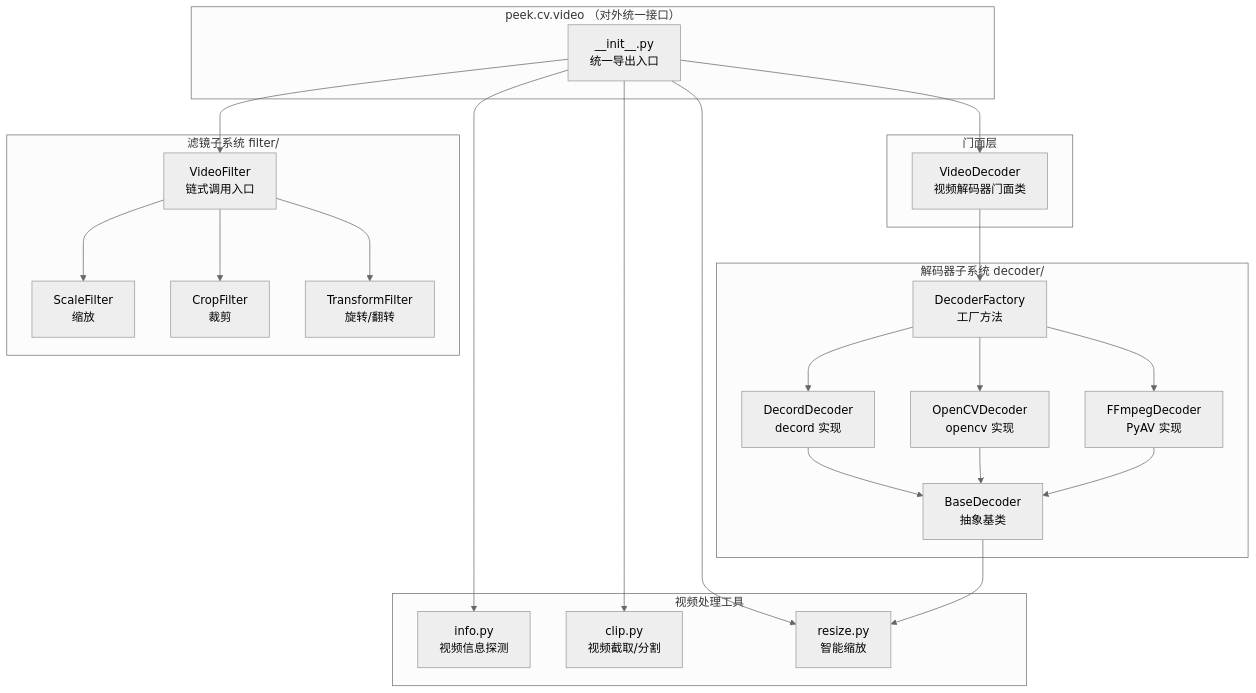
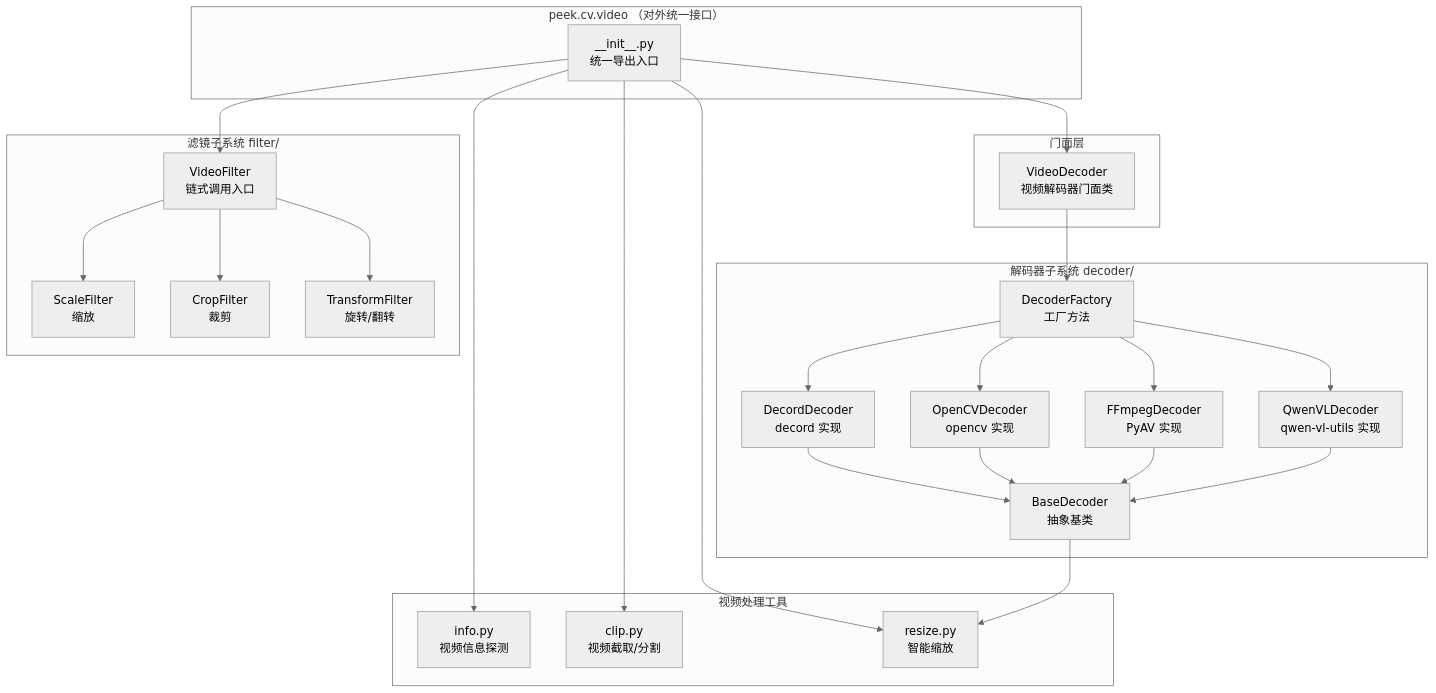
Before and after one commit to kaydxh/peek: the first of 4 diagrams in docs/video.md, drawn with Mermaid (neutral theme). The commit also changed other lines of this file and 1 other file, not shown here.

````diff
--- a/docs/video.md
+++ b/docs/video.md
@@ -28,50 +28,53 @@
 ```mermaid
 graph TB
     subgraph "peek.cv.video （对外统一接口）"
         INIT["__init__.py<br/>统一导出入口"]
     end
 
     subgraph "门面层"
         VD["VideoDecoder<br/>视频解码器门面类"]
     end
 
     subgraph "解码器子系统 decoder/"
         BD["BaseDecoder<br/>抽象基类"]
         DD["DecordDecoder<br/>decord 实现"]
         OD["OpenCVDecoder<br/>opencv 实现"]
         FD["FFmpegDecoder<br/>PyAV 实现"]
+        QD["QwenVLDecoder<br/>qwen-vl-utils 实现"]
         DF["DecoderFactory<br/>工厂方法"]
     end
 
     subgraph "视频处理工具"
         INFO["info.py<br/>视频信息探测"]
         CLIP["clip.py<br/>视频截取/分割"]
         RESIZE["resize.py<br/>智能缩放"]
     end
 
     subgraph "滤镜子系统 filter/"
         VF["VideoFilter<br/>链式调用入口"]
         SF["ScaleFilter<br/>缩放"]
         CF["CropFilter<br/>裁剪"]
         TF["TransformFilter<br/>旋转/翻转"]
     end
 
     INIT --> VD
     INIT --> INFO
     INIT --> CLIP
     INIT --> RESIZE
     INIT --> VF
 
     VD --> DF
     DF --> DD
     DF --> OD
     DF --> FD
+    DF --> QD
     DD --> BD
     OD --> BD
     FD --> BD
+    QD --> BD
     BD --> RESIZE
 
     VF --> SF
     VF --> CF
     VF --> TF
 ```
````
